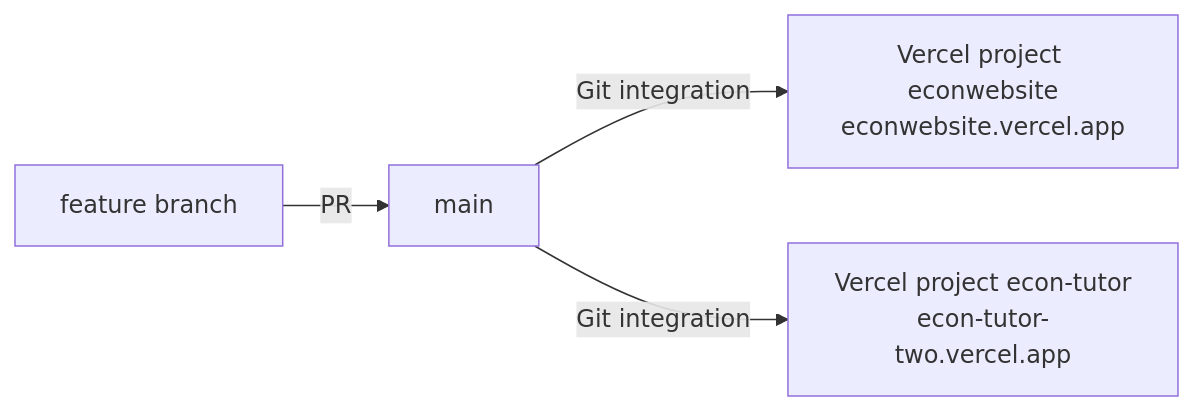
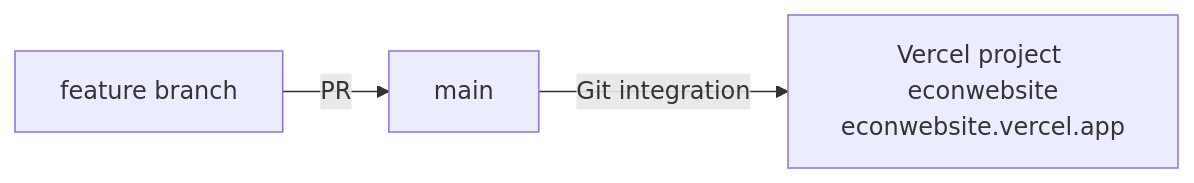
One commit to AidilFarhan/ECON-TUTOR changed the fourth of 4 diagrams in ARCHITECTURE.md. Above: the diagram before and after it, drawn with Mermaid. The commit also changed other lines of this file and 2 other files, not shown here.

First line of the commit message:
Buang rujukan project Vercel pendua econ-tutor daripada dokumen

````diff
--- a/ARCHITECTURE.md
+++ b/ARCHITECTURE.md
@@ -301,6 +301,5 @@
 ```mermaid
 flowchart LR
   B[feature branch] -->|PR| MAIN[main]
   MAIN -->|Git integration| V1[Vercel project econwebsite<br/>econwebsite.vercel.app]
-  MAIN -->|Git integration| V2[Vercel project econ-tutor<br/>econ-tutor-two.vercel.app]
 ```
````
